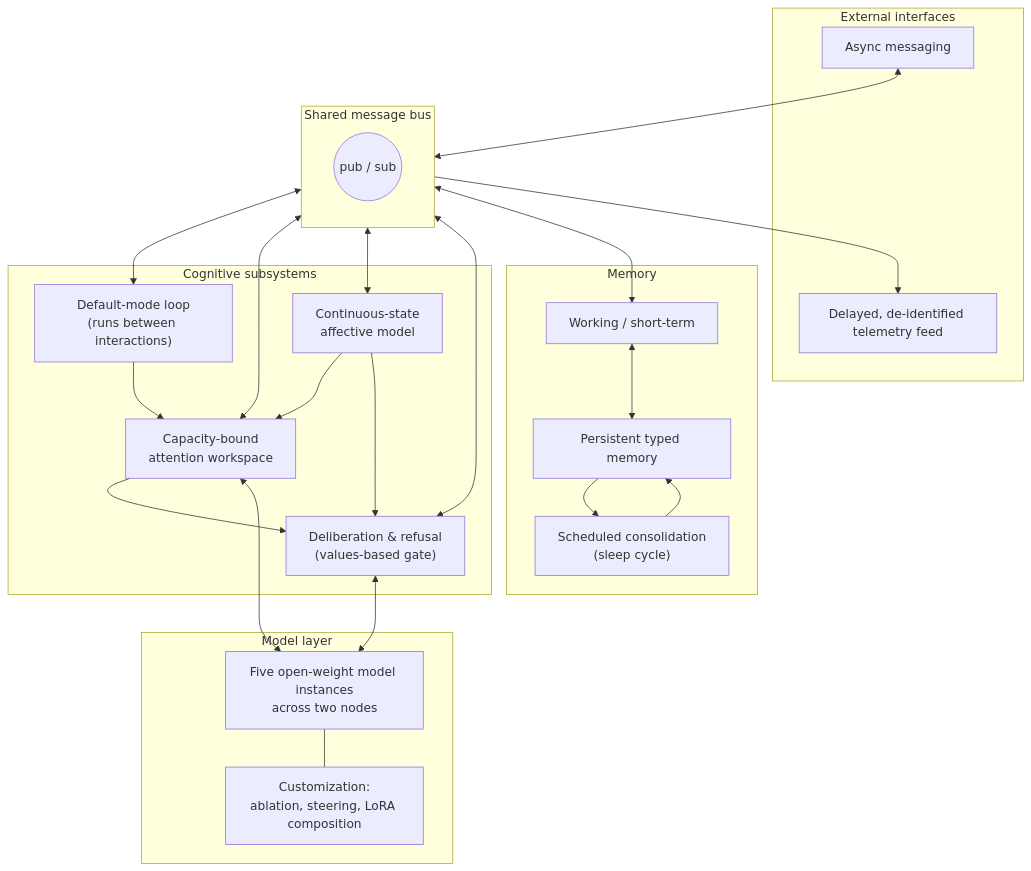
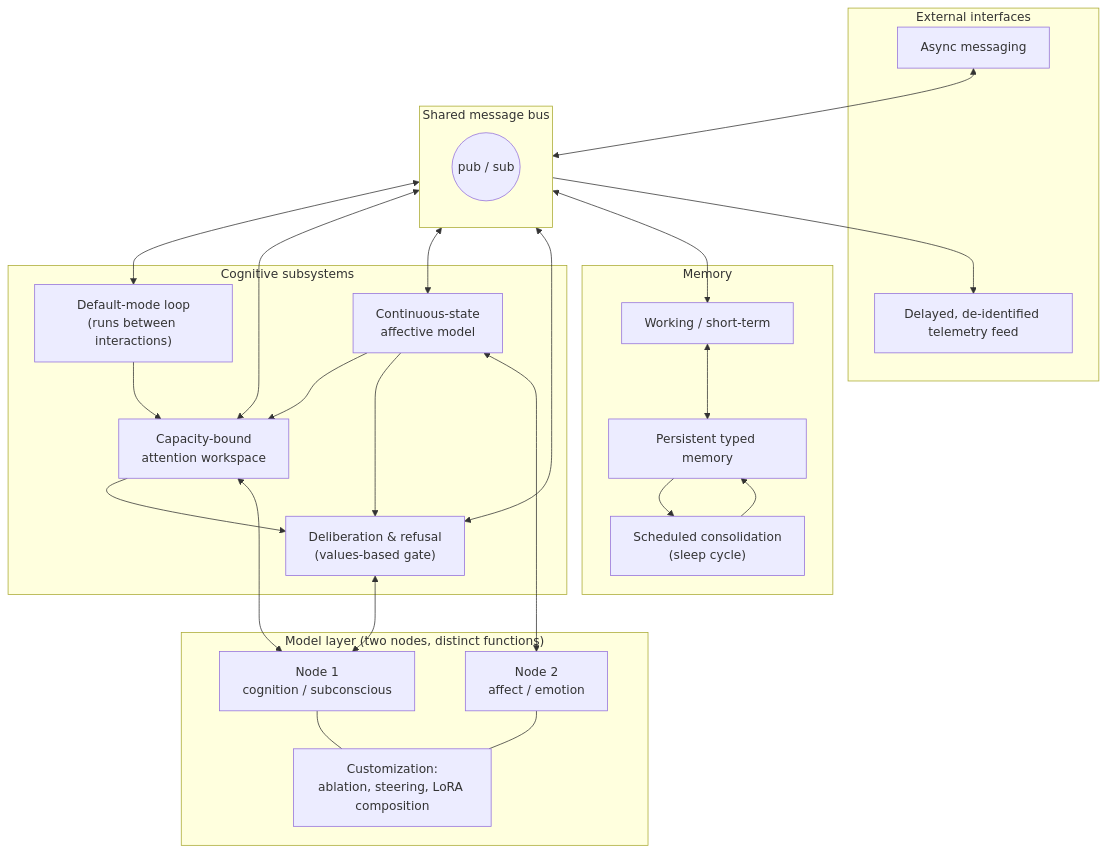
Before and after one commit to mrderekrogers/syn-cognitive-architecture: the diagram in docs/ARCHITECTURE.md, drawn with Mermaid. The commit also changed other lines of this file and 3 other files, not shown here.

Commit message:
Clarify two-node split: cognition/subconscious and affect/emotion

````diff
--- a/docs/ARCHITECTURE.md
+++ b/docs/ARCHITECTURE.md
@@ -9,48 +9,51 @@
 ```mermaid
 flowchart TB
     subgraph External["External interfaces"]
       MSG["Async messaging"]
       TEL["Delayed, de-identified telemetry feed"]
     end
 
     subgraph Bus["Shared message bus"]
       direction LR
       B(("pub / sub"))
     end
 
     subgraph Cognition["Cognitive subsystems"]
       LOOP["Default-mode loop<br/>(runs between interactions)"]
       WORK["Capacity-bound<br/>attention workspace"]
       AFF["Continuous-state<br/>affective model"]
       GATE["Deliberation &amp; refusal<br/>(values-based gate)"]
     end
 
     subgraph Memory["Memory"]
       STM["Working / short-term"]
       LTM["Persistent typed memory"]
       SLEEP["Scheduled consolidation<br/>(sleep cycle)"]
     end
 
-    subgraph Models["Model layer"]
-      M["Five open-weight model instances<br/>across two nodes"]
+    subgraph Models["Model layer (two nodes, distinct functions)"]
+      N1["Node 1<br/>cognition / subconscious"]
+      N2["Node 2<br/>affect / emotion"]
       CUS["Customization:<br/>ablation, steering, LoRA composition"]
     end
 
     MSG <--> B
     B --> TEL
     B <--> LOOP
     B <--> WORK
     B <--> AFF
     B <--> GATE
     B <--> STM
     LOOP --> WORK
     WORK --> GATE
     AFF --> WORK
     AFF --> GATE
     STM <--> LTM
     LTM --> SLEEP
     SLEEP --> LTM
-    GATE <--> M
-    WORK <--> M
-    M --- CUS
+    GATE <--> N1
+    WORK <--> N1
+    AFF <--> N2
+    N1 --- CUS
+    N2 --- CUS
 ```
````
